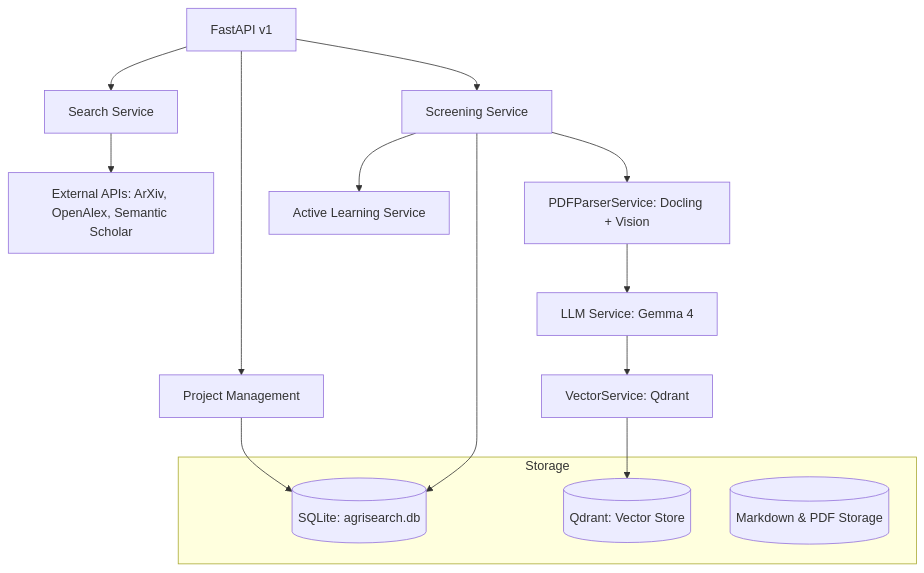
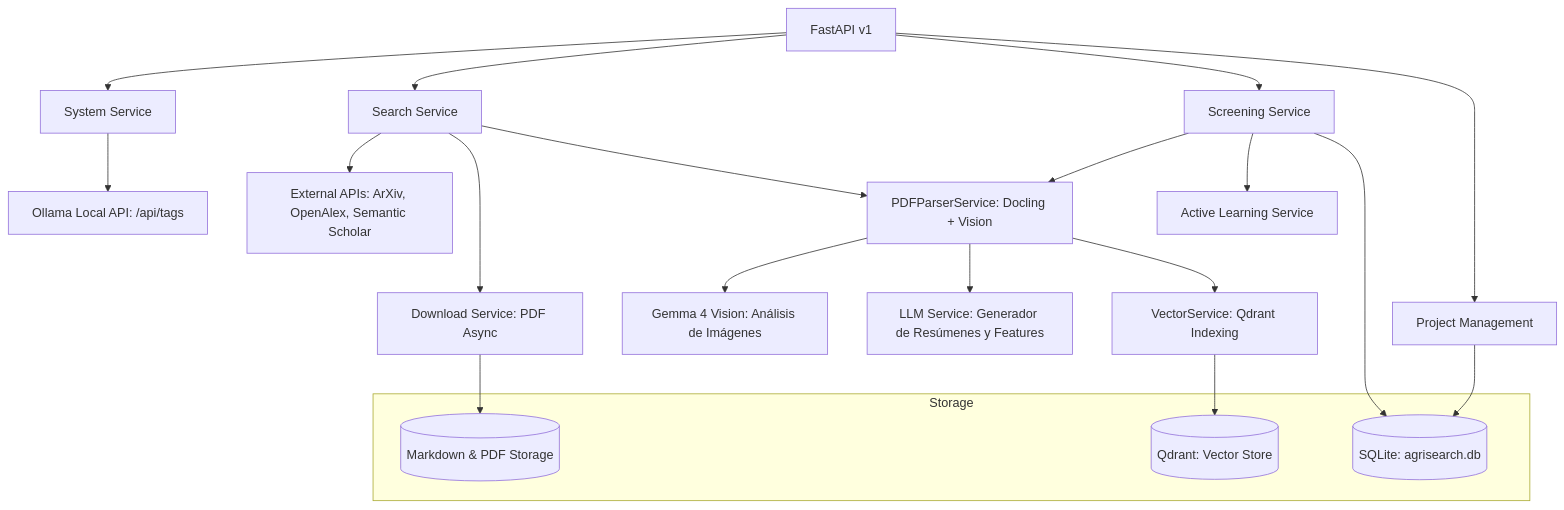
The diagram in backend/README.md (AlexPrietoRomani/AgriSearch), drawn with Mermaid before and after one commit. The commit also changed other lines of this file and 4 other files, not shown here.

````diff
--- a/backend/README.md
+++ b/backend/README.md
@@ -9,24 +9,32 @@
 ```mermaid
 graph TD
-    API[FastAPI v1] --> Search[Search Service]
+    API[FastAPI v1] --> System[System Service]
+    API --> Search[Search Service]
     API --> Screening[Screening Service]
     API --> Project[Project Management]
     
+    System --> OllamaAPI[Ollama Local API: /api/tags]
+    Project --> SQL[(SQLite: agrisearch.db)]
+    
     Search --> DB_Ext[External APIs: ArXiv, OpenAlex, Semantic Scholar]
+    Search --> Download[Download Service: PDF Async]
     
     Screening --> PDF_Parser[PDFParserService: Docling + Vision]
-    PDF_Parser --> LLM[LLM Service: Gemma 4]
-    LLM --> Vector[VectorService: Qdrant]
+    Search --> PDF_Parser
+    
+    PDF_Parser --> VLM[Gemma 4 Vision: Análisis de Imágenes]
+    PDF_Parser --> LLM[LLM Service: Generador de Resúmenes y Features]
+    PDF_Parser --> Vector[VectorService: Qdrant Indexing]
     
     Screening --> AL[Active Learning Service]
     
     subgraph Storage
-        SQL[(SQLite: agrisearch.db)]
+        SQL
         VecDB[(Qdrant: Vector Store)]
         Files[(Markdown & PDF Storage)]
     end
     
-    Project --> SQL
     Screening --> SQL
     Vector --> VecDB
+    Download --> Files
 ```
````
